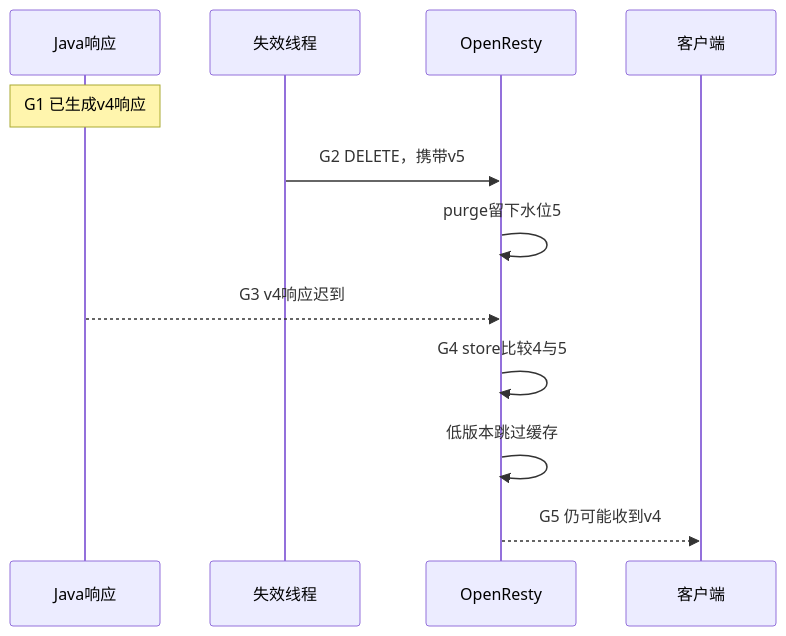
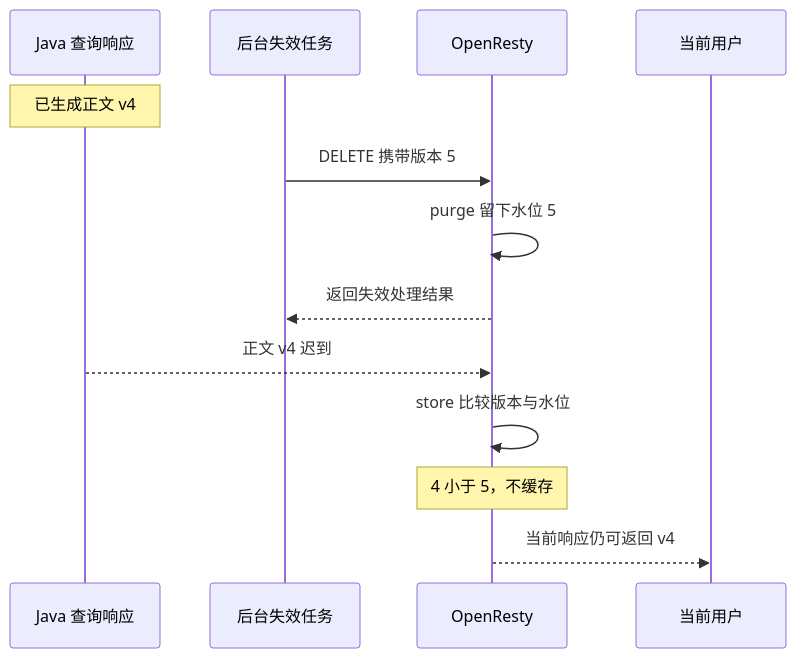
Before and after one commit to SyH-101/citypass-platform: the fourth of 7 diagrams in 02-多级缓存一致性.md, drawn with Mermaid. The commit also changed other lines of this file, not shown here.

Commit message:
docs: clarify cache version checks and invalidation flow without numbered diagram steps

````diff
--- a/02-多级缓存一致性.md
+++ b/02-多级缓存一致性.md
@@ -684,14 +647,15 @@
 ```mermaid
 sequenceDiagram
-    participant J as Java响应
-    participant T as 失效线程
+    participant J as Java 查询响应
+    participant T as 后台失效任务
     participant G as OpenResty
-    participant C as 客户端
-    Note over J: G1 已生成v4响应
-    T->>G: G2 DELETE，携带v5
-    G->>G: purge留下水位5
-    J-->>G: G3 v4响应迟到
-    G->>G: G4 store比较4与5
-    G->>G: 低版本跳过缓存
-    G-->>C: G5 仍可能收到v4
+    participant C as 当前用户
+    Note over J: 已生成正文 v4
+    T->>G: DELETE 携带版本 5
+    G->>G: purge 留下水位 5
+    G-->>T: 返回失效处理结果
+    J-->>G: 正文 v4 迟到
+    G->>G: store 比较版本与水位
+    Note over G: 4 小于 5，不缓存
+    G-->>C: 当前响应仍可返回 v4
 ```
````
